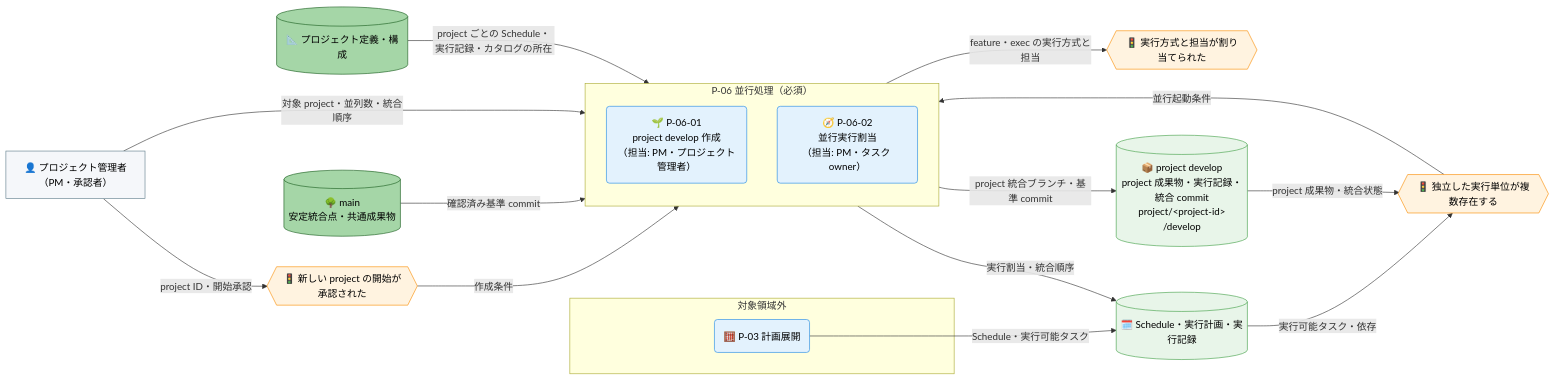
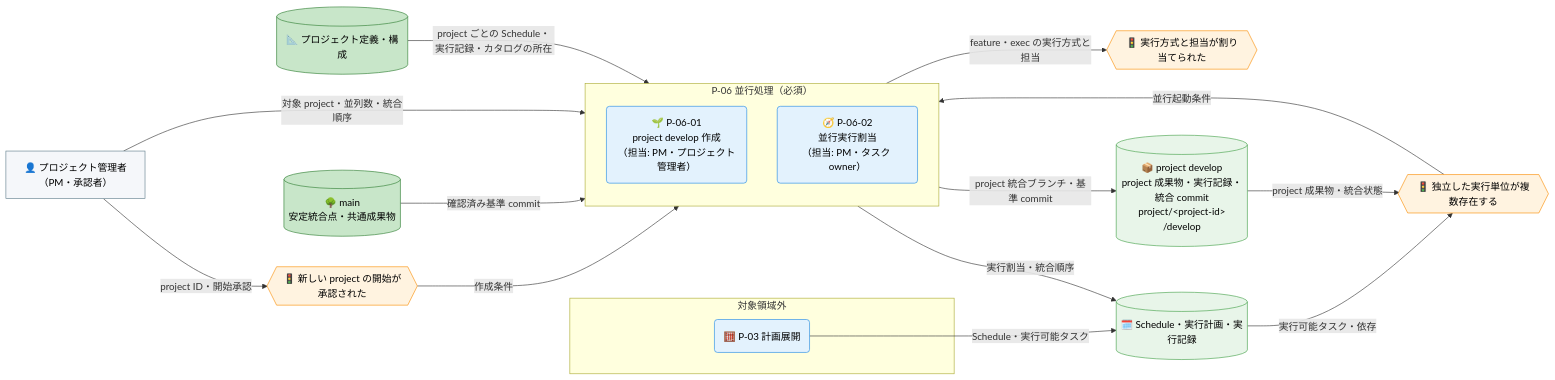
One commit to specdojo/spec-dojo-handbook changed the first of 4 diagrams in docs/ja/product/010-business-specs/010-data-flow/cdfd-multi-project.md. Above: the diagram before and after it, drawn with Mermaid. The commit also changed other lines of this file and 16 other files, not shown here.

````diff
--- a/docs/ja/product/010-business-specs/010-data-flow/cdfd-multi-project.md
+++ b/docs/ja/product/010-business-specs/010-data-flow/cdfd-multi-project.md
@@ -57,49 +87,49 @@
 ```mermaid
 flowchart LR
   classDef process fill:#e3f2fd,stroke:#1e88e5,color:#000
   classDef event fill:#fff3e0,stroke:#fb8c00,color:#000
-  classDef storeMaster fill:#a5d6a7,stroke:#1b5e20,color:#000
+  classDef storeMaster fill:#c8e6c9,stroke:#2e7d32,color:#000
   classDef storeTransaction fill:#e8f5e9,stroke:#43a047,color:#000
   classDef actor fill:#f5f7fa,stroke:#607d8b,color:#000
 
   プロジェクト管理者["👤 プロジェクト管理者<br>（PM・承認者）"]
 
   project開始{{"🚦 新しい project の開始が承認された"}}
   並行実行可能{{"🚦 独立した実行単位が複数存在する"}}
   割当確定{{"🚦 実行方式と担当が割り当てられた"}}
 
   subgraph 並行処理必須["P-06 並行処理（必須）"]
     direction TB
     projectDevelop作成("🌱 P-06-01<br>project develop 作成<br>（担当: PM・プロジェクト管理者）")
     並行実行割当("🧭 P-06-02<br>並行実行割当<br>（担当: PM・タスク owner）")
   end
 
   main[("🌳 main<br>安定統合点・共通成果物")]
   projectDevelop[("📦 project develop<br>project 成果物・実行記録・統合 commit<br>project/&lt;project-id&gt;<br>/develop")]
   project構成[("📐 プロジェクト定義・構成")]
   実行計画記録[("🗓️ Schedule・実行計画・実行記録")]
 
   subgraph 領域外必須["対象領域外"]
     計画展開("🧮 P-03 計画展開")
   end
 
   プロジェクト管理者 -->|"project ID・開始承認"| project開始
   project開始 -->|"作成条件"| projectDevelop作成
   main -->|"確認済み基準 commit"| projectDevelop作成
   projectDevelop作成 -->|"project 統合ブランチ・基準 commit"| projectDevelop
 
   計画展開 -->|"Schedule・実行可能タスク"| 実行計画記録
   実行計画記録 -->|"実行可能タスク・依存"| 並行実行可能
   projectDevelop -->|"project 成果物・統合状態"| 並行実行可能
   並行実行可能 -->|"並行起動条件"| 並行実行割当
   プロジェクト管理者 -->|"対象 project・並列数・統合順序"| 並行実行割当
   project構成 -->|"project ごとの Schedule・実行記録・カタログの所在"| 並行実行割当
   並行実行割当 -->|"実行割当・統合順序"| 実行計画記録
   並行実行割当 -->|"feature・exec の実行方式と担当"| 割当確定
 
   class projectDevelop作成,並行実行割当,計画展開 process
   class project開始,並行実行可能,割当確定 event
   class main,project構成 storeMaster
   class projectDevelop,実行計画記録 storeTransaction
   class プロジェクト管理者 actor
 ```
````
